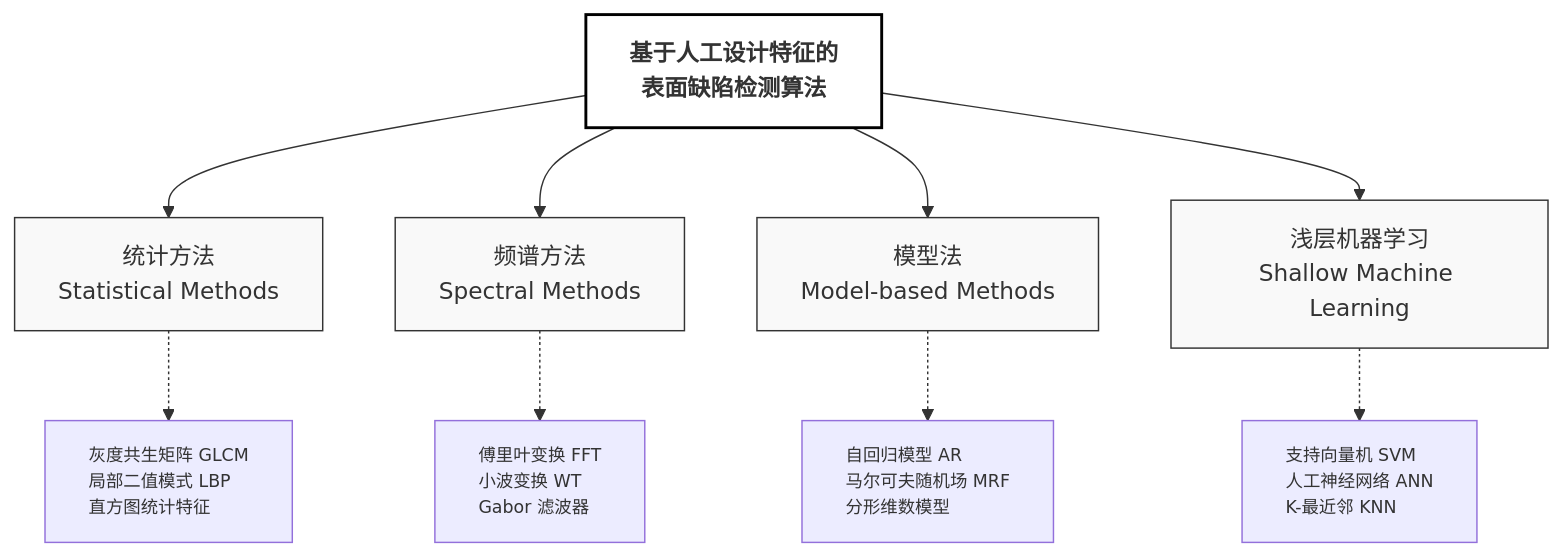
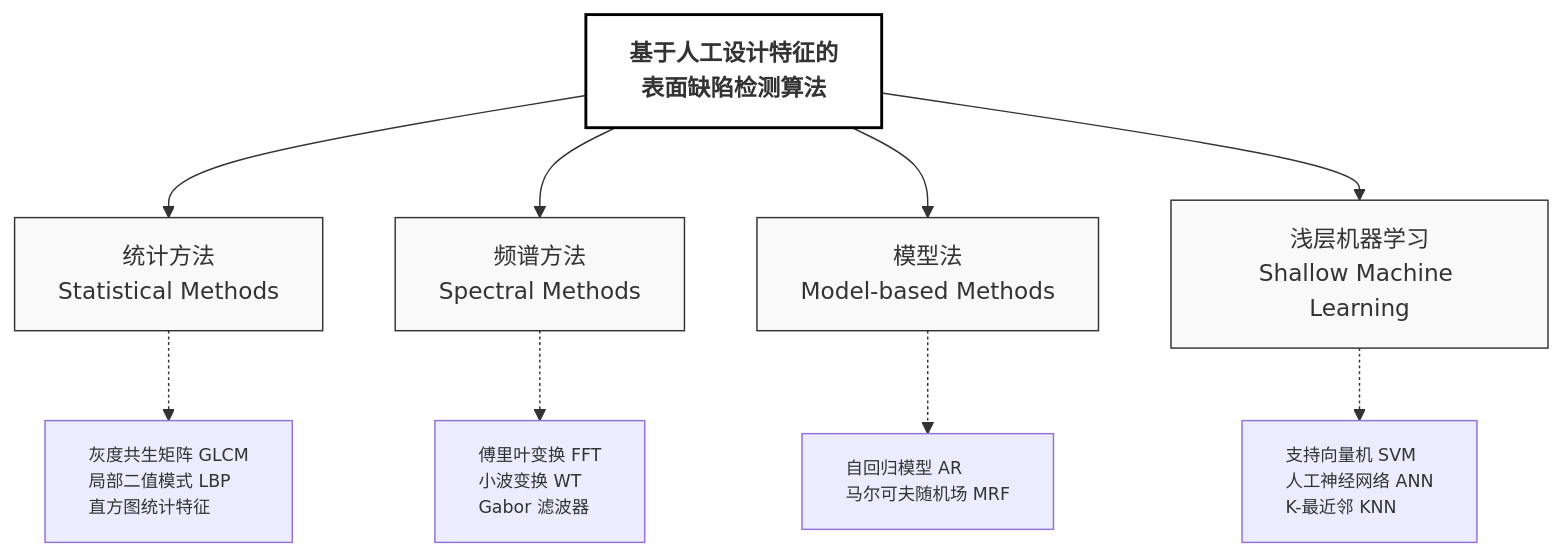
One commit to MAOSHENGsong/iodraw-files changed the diagram in all/未命名-1.md. Above: the diagram before and after it, drawn with Mermaid.

Commit message:
2026-03-17 18:20:50 update

````diff
--- a/all/未命名-1.md
+++ b/all/未命名-1.md
@@ -1,43 +1,43 @@
 ```mermaid
 graph TB
     %% 核心标题
     Main[
     基于人工设计特征的
     表面缺陷检测算法] 
     
     %% 第一层级：四大分支
     Statistical[统计方法<br/>Statistical Methods]
     Spectral[频谱方法<br/>Spectral Methods]
     Model[模型法<br/>Model-based Methods]
     Machine[浅层机器学习<br/>Shallow Machine Learning]
 
     %% 第二层级：典型算法
     Sub_Stat[灰度共生矩阵 GLCM<br/>局部二值模式 LBP<br/>直方图统计特征]
     Sub_Spec[傅里叶变换 FFT<br/>小波变换 WT<br/>Gabor 滤波器]
-    Sub_Mod[自回归模型 AR<br/>马尔可夫随机场 MRF<br/>分形维数模型]
+    Sub_Mod[自回归模型 AR<br/>马尔可夫随机场 MRF<br/>]
     Sub_Mach[支持向量机 SVM<br/>人工神经网络 ANN<br/>K-最近邻 KNN]
 
     %% 建立连接
     Main --> Statistical
     Main --> Spectral
     Main --> Model
     Main --> Machine
 
     Statistical -.-> Sub_Stat
     Spectral -.-> Sub_Spec
     Model -.-> Sub_Mod
     Machine -.-> Sub_Mach
 
     %% 样式美化：论文通常使用白底黑字或淡色调
     style Main fill:#ffffff,stroke:#000,stroke-width:2px,font-weight:bold
     style Statistical fill:#f9f9f9,stroke:#333,stroke-width:1px
     style Spectral fill:#f9f9f9,stroke:#333,stroke-width:1px
     style Model fill:#f9f9f9,stroke:#333,stroke-width:1px
     style Machine fill:#f9f9f9,stroke:#333,stroke-width:1px
     
     %% 细化子项样式
     style Sub_Stat font-size:12px,text-align:left
     style Sub_Spec font-size:12px,text-align:left
     style Sub_Mod font-size:12px,text-align:left
     style Sub_Mach font-size:12px,text-align:left
 ```
````
